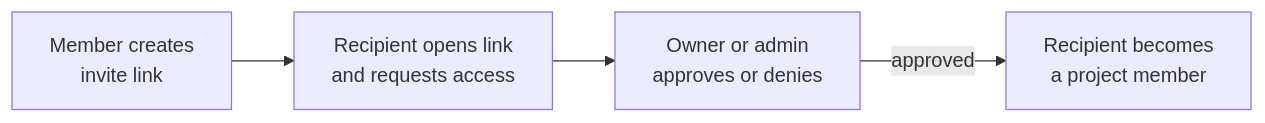
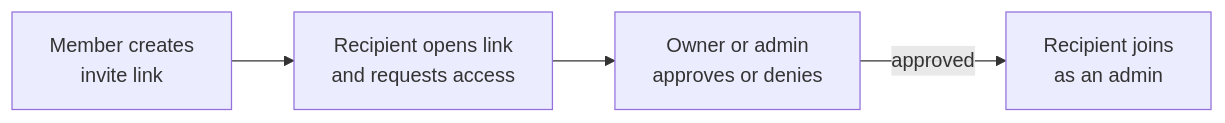
One commit to raphaeltm/simple-agent-manager changed the diagram in apps/www/src/content/docs/docs/guides/collaboration.md. Above: the diagram before and after it, drawn with Mermaid. The commit also changed other lines of this file and 5 other files, not shown here.

````diff
--- a/apps/www/src/content/docs/docs/guides/collaboration.md
+++ b/apps/www/src/content/docs/docs/guides/collaboration.md
@@ -16,6 +16,6 @@
 ```mermaid
 flowchart LR
   A["Member creates<br/>invite link"] --> B["Recipient opens link<br/>and requests access"]
   B --> C["Owner or admin<br/>approves or denies"]
-  C -->|approved| D["Recipient becomes<br/>a project member"]
+  C -->|approved| D["Recipient joins<br/>as an admin"]
 ```
````
